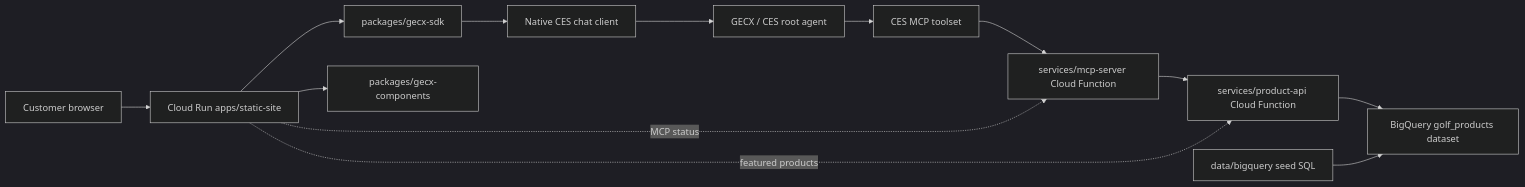
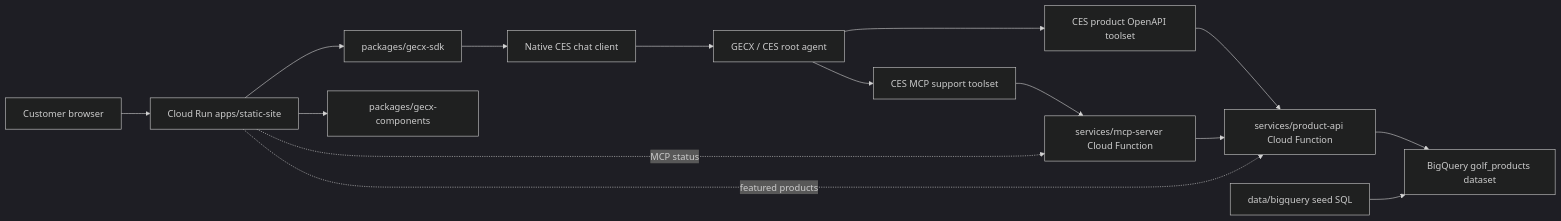
Before and after one commit to dpedzinski/golf-shop: the diagram in docs/specs/architecture-data-flow.spec.md, drawn with Mermaid (dark theme). The commit also changed other lines of this file and 39 other files, not shown here.

Commit message:
Use OpenAPI toolset for product paths

````diff
--- a/docs/specs/architecture-data-flow.spec.md
+++ b/docs/specs/architecture-data-flow.spec.md
@@ -21,27 +26,30 @@
 ```mermaid
 flowchart LR
   Browser["Customer browser"]
   Site["Cloud Run apps/static-site"]
   SDK["packages/gecx-sdk"]
   Components["packages/gecx-components"]
   CesChat["Native CES chat client"]
   GECX["GECX / CES root agent"]
-  Toolset["CES MCP toolset"]
+  ProductToolset["CES product OpenAPI toolset"]
+  Toolset["CES MCP support toolset"]
   MCP["services/mcp-server Cloud Function"]
   API["services/product-api Cloud Function"]
   BigQuery["BigQuery golf_products dataset"]
   SQL["data/bigquery seed SQL"]
 
   Browser --> Site
   Site --> SDK
   Site --> Components
   SDK --> CesChat
   CesChat --> GECX
+  GECX --> ProductToolset
+  ProductToolset --> API
   GECX --> Toolset
   Toolset --> MCP
   MCP --> API
   API --> BigQuery
   SQL --> BigQuery
   Site -. featured products .-> API
   Site -. MCP status .-> MCP
 ```
````
